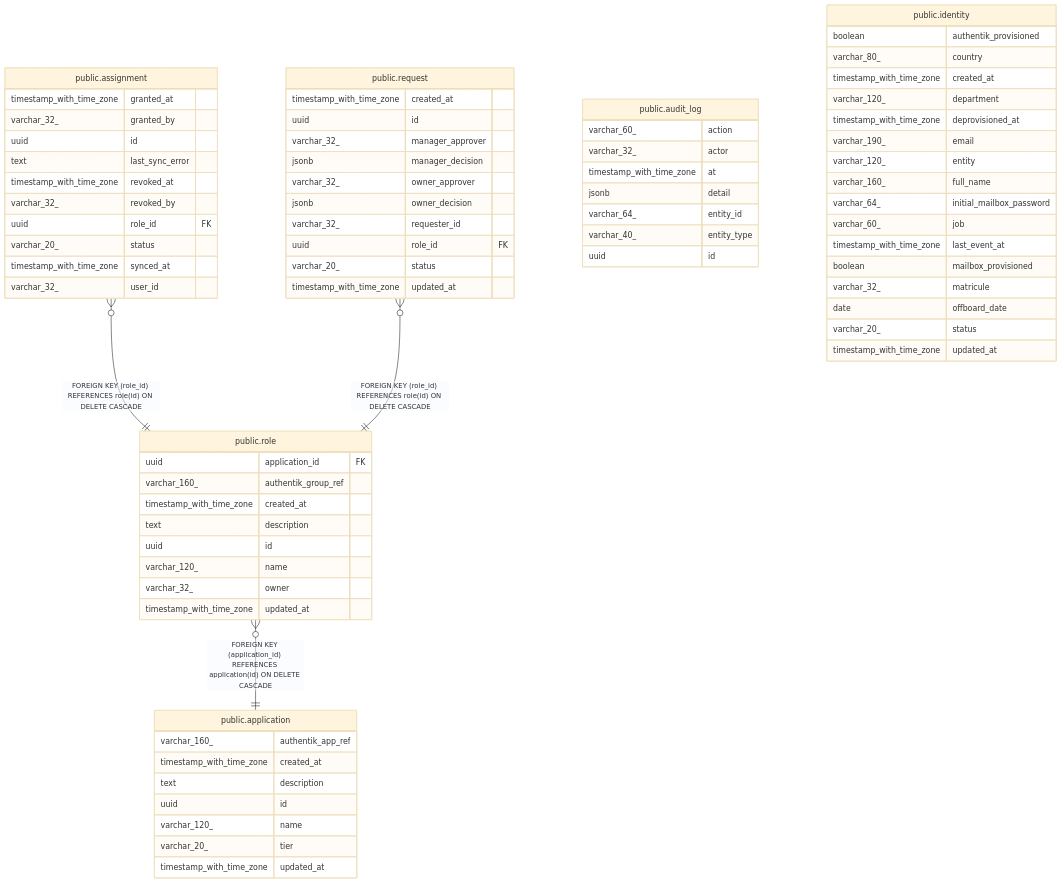
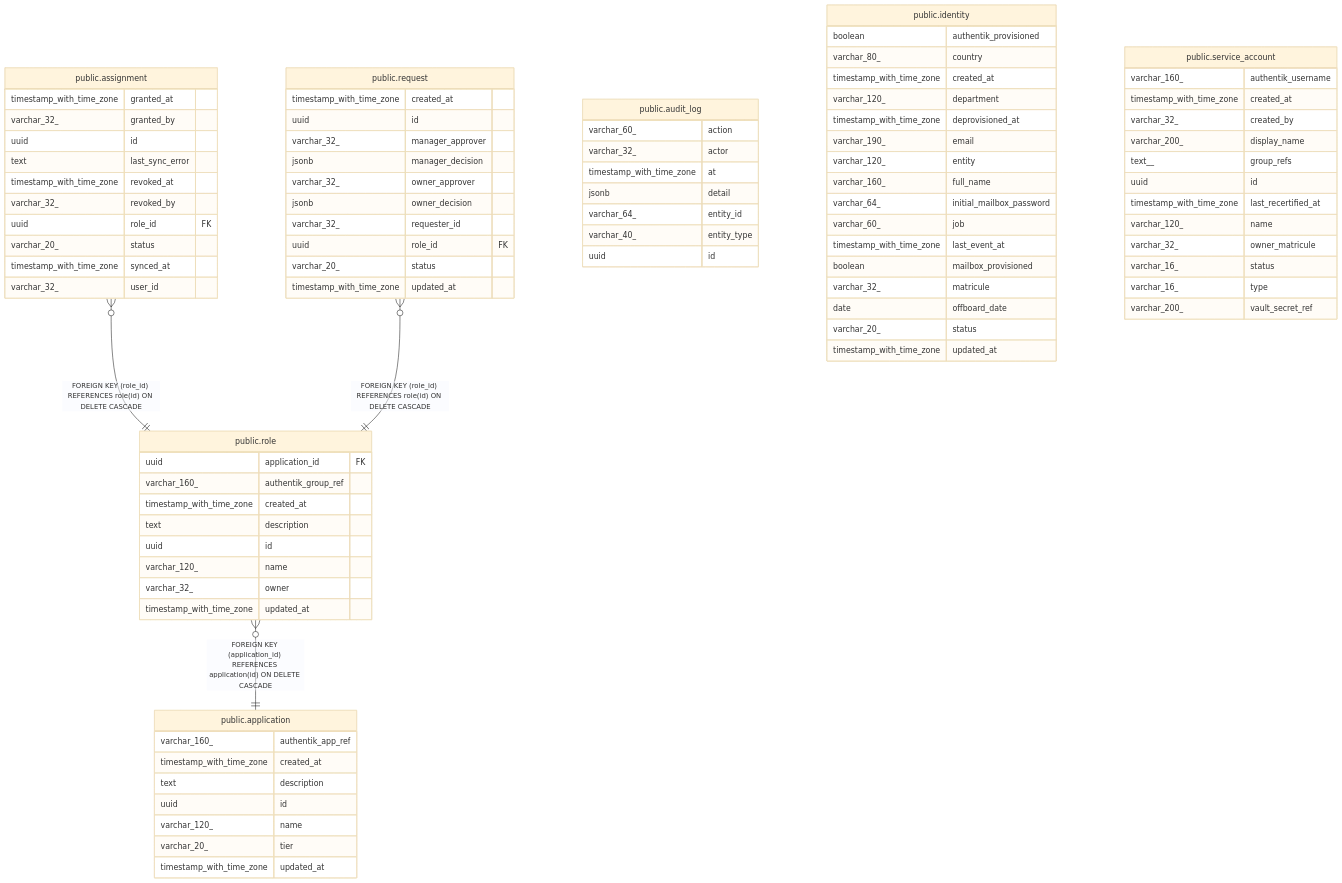
Before and after one commit to andrelair-platform/ktayl-iam: the diagram in backend/docs/data-model/README.md, drawn with Mermaid (base theme). The commit also changed other lines of this file and 9 other files, not shown here.

First line of the commit message:
feat(iga): service-account entity + migration (IGA-06 S021)

````diff
--- a/backend/docs/data-model/README.md
+++ b/backend/docs/data-model/README.md
@@ -90,4 +91,18 @@
   varchar_32_ owner
   timestamp_with_time_zone updated_at
 }
+"public.service_account" {
+  varchar_160_ authentik_username
+  timestamp_with_time_zone created_at
+  varchar_32_ created_by
+  varchar_200_ display_name
+  text__ group_refs
+  uuid id
+  timestamp_with_time_zone last_recertified_at
+  varchar_120_ name
+  varchar_32_ owner_matricule
+  varchar_16_ status
+  varchar_16_ type
+  varchar_200_ vault_secret_ref
+}
 ```
````
